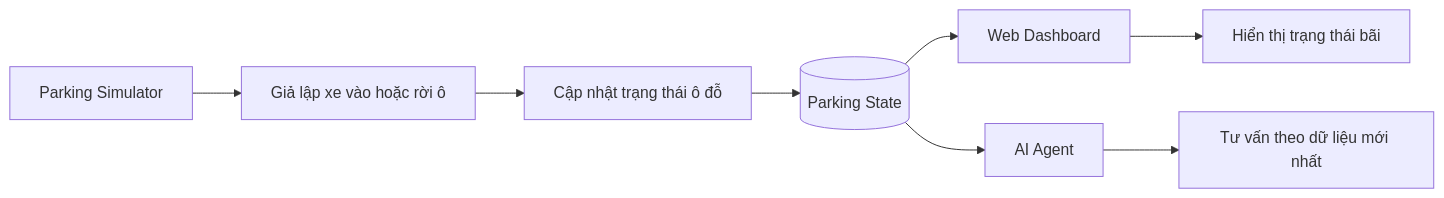
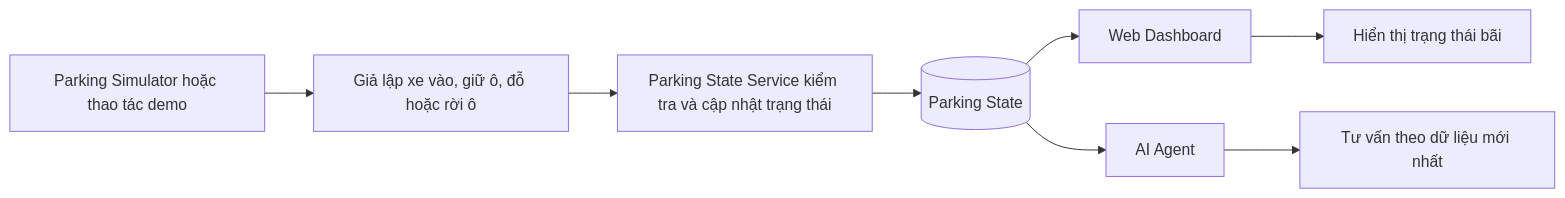
One commit to Ngducanh05/T-152 changed the fifth of 6 diagrams in docs/parksmart-ai-workflows.md. Above: the diagram before and after it, drawn with Mermaid. The commit also changed other lines of this file and 3 other files, not shown here.

````diff
--- a/docs/parksmart-ai-workflows.md
+++ b/docs/parksmart-ai-workflows.md
@@ -97,10 +99,10 @@
 ```mermaid
 flowchart LR
-    A[Parking Simulator] --> B[Giả lập xe vào hoặc rời ô]
-    B --> C[Cập nhật trạng thái ô đỗ]
+    A[Parking Simulator hoặc thao tác demo] --> B[Giả lập xe vào, giữ ô, đỗ hoặc rời ô]
+    B --> C[Parking State Service kiểm tra và cập nhật trạng thái]
     C --> D[(Parking State)]
     D --> E[Web Dashboard]
     D --> F[AI Agent]
     E --> G[Hiển thị trạng thái bãi]
     F --> H[Tư vấn theo dữ liệu mới nhất]
 ```
````
